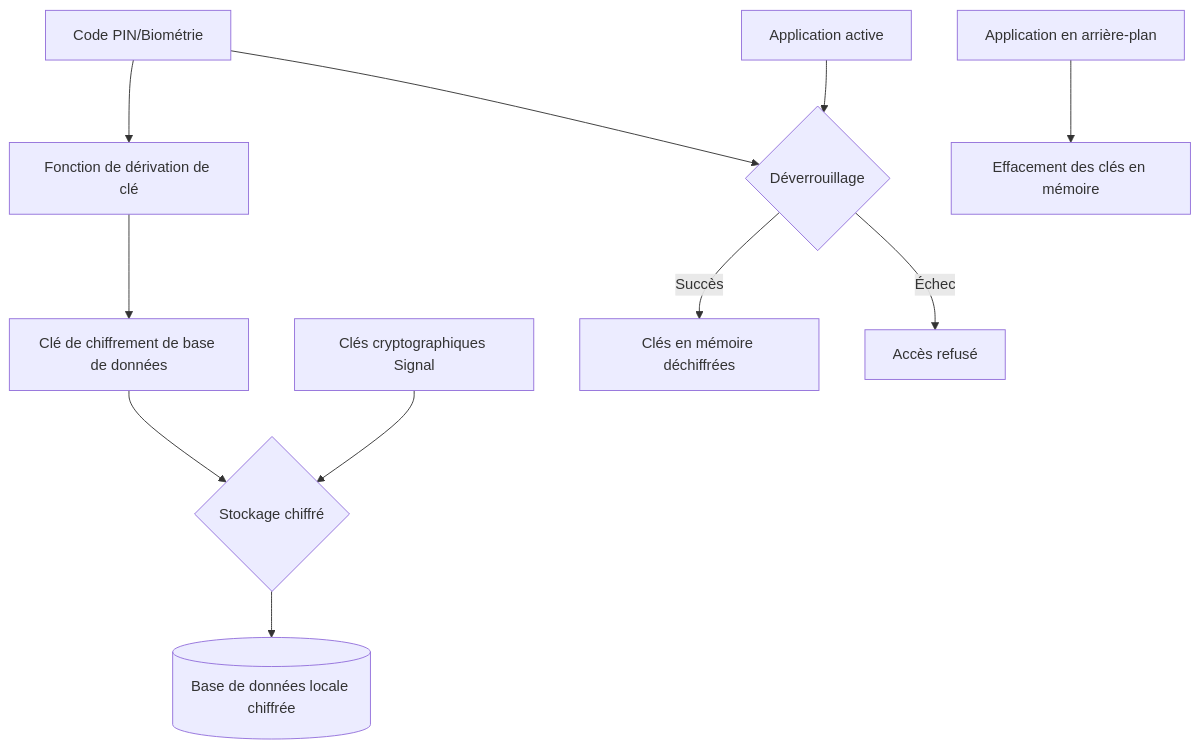
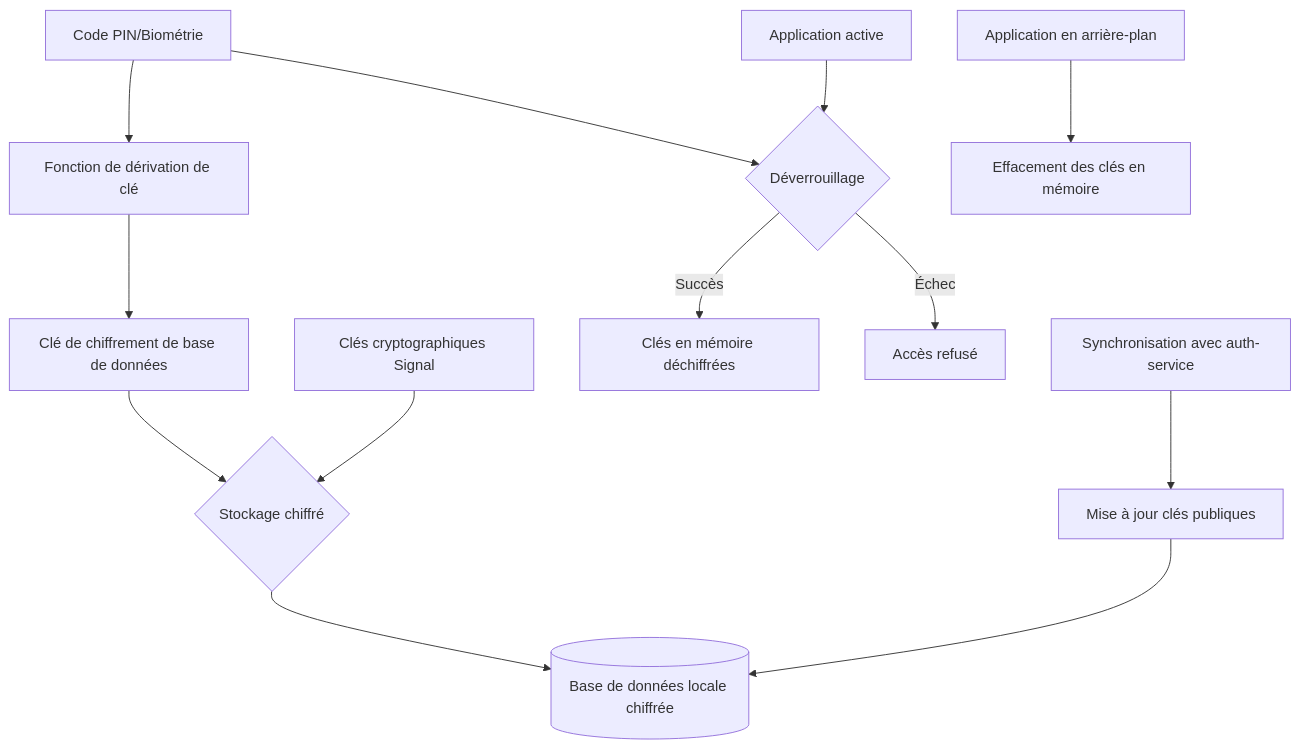
Before and after one commit to whispr-messenger/auth-service: diagram 13 of 13 in documentation/2_fonctional_specs/4_encryption_end_to_end.md, drawn with Mermaid. The commit also changed other lines of this file and 4 other files, not shown here.

Commit message:
📝 Update devices data managed by auth service

````diff
--- a/documentation/2_fonctional_specs/4_encryption_end_to_end.md
+++ b/documentation/2_fonctional_specs/4_encryption_end_to_end.md
@@ -646,18 +692,21 @@
 ```mermaid
 graph TD
     A[Code PIN/Biométrie] --> B[Fonction de dérivation de clé]
     B --> C[Clé de chiffrement de base de données]
     
     D[Clés cryptographiques Signal] --> E{Stockage chiffré}
     C --> E
     
     E --> F[(Base de données locale chiffrée)]
     
     G[Application active] --> H{Déverrouillage}
     A --> H
     
     H -->|Succès| I[Clés en mémoire déchiffrées]
     H -->|Échec| J[Accès refusé]
     
     K[Application en arrière-plan] --> L[Effacement des clés en mémoire]
+    
+    M[Synchronisation avec auth-service] --> N[Mise à jour clés publiques]
+    N --> F
 ```
````
